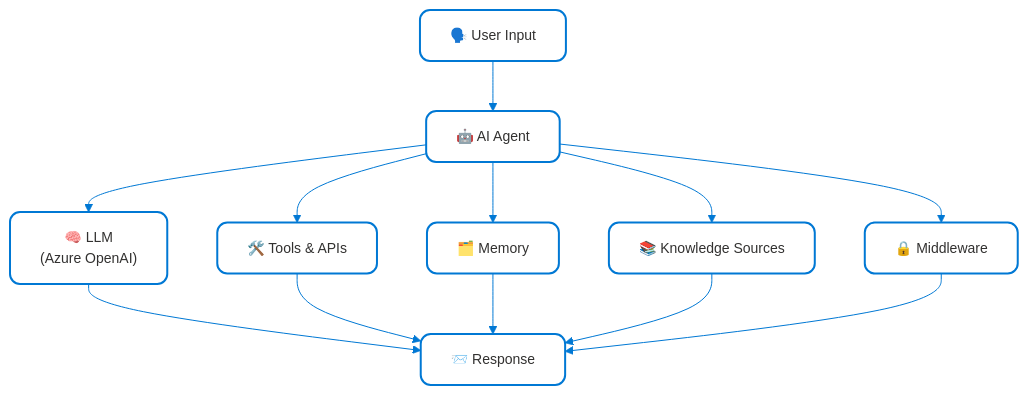
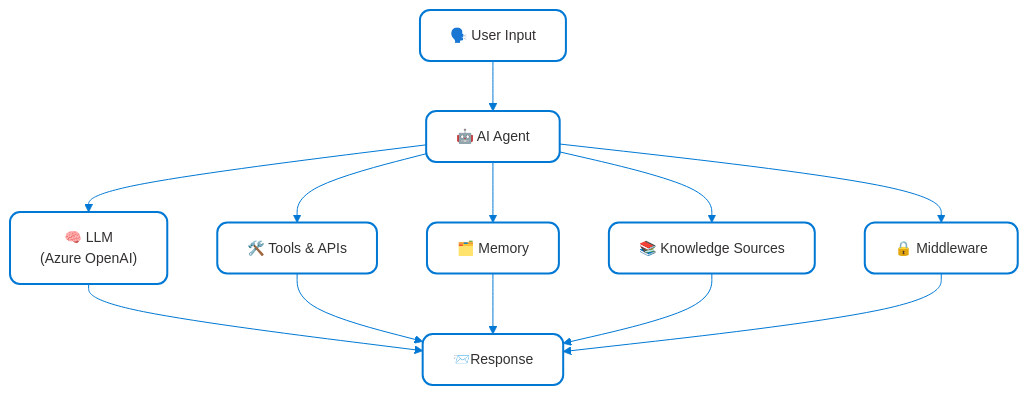
One commit to ajeetchouksey/ajch_prep_ab_100 changed the first of 5 diagrams in 01_Plan_AI_Powered_Business_Solutions/01a-01-foundation-concepts.md. Above: the diagram before and after it, drawn with Mermaid. The commit also changed other lines of this file and 2 other files, not shown here.

````diff
--- a/01_Plan_AI_Powered_Business_Solutions/01a-01-foundation-concepts.md
+++ b/01_Plan_AI_Powered_Business_Solutions/01a-01-foundation-concepts.md
@@ -39,27 +39,27 @@
 ```mermaid
 %%{init: {'theme':'base', 'themeVariables': { 'primaryColor':'#0078d4','primaryTextColor':'#323130','primaryBorderColor':'#005a9e','lineColor':'#0078d4','secondaryColor':'#00bcf2','tertiaryColor':'#50e6ff','fontSize':'14px','fontFamily':'Segoe UI, sans-serif','clusterBkg':'#f3f2f1','clusterBorder':'#0078d4','edgeLabelBackground':'#ffffff'}}}%%
 flowchart TD
     UserInput["🗣️ User Input"]
     Agent["🤖 AI Agent"]
     LLM["🧠 LLM<br/>(Azure OpenAI)"]
     Tools["🛠️ Tools & APIs"]
     Memory["🗂️ Memory"]
     Knowledge["📚 Knowledge Sources"]
     Middleware["🔒 Middleware"]
-    Response["📨 Response"]
+    Response["📨Response"]
 
     UserInput --> Agent
     Agent --> LLM
     Agent --> Tools
     Agent --> Memory
     Agent --> Knowledge
     Agent --> Middleware
     LLM --> Response
     Tools --> Response
     Memory --> Response
     Knowledge --> Response
     Middleware --> Response
 
     classDef nodeStyle fill:#fff,stroke:#0078d4,stroke-width:2px,rx:10,ry:10
     class UserInput,Agent,LLM,Tools,Memory,Knowledge,Middleware,Response nodeStyle
 ```
````
